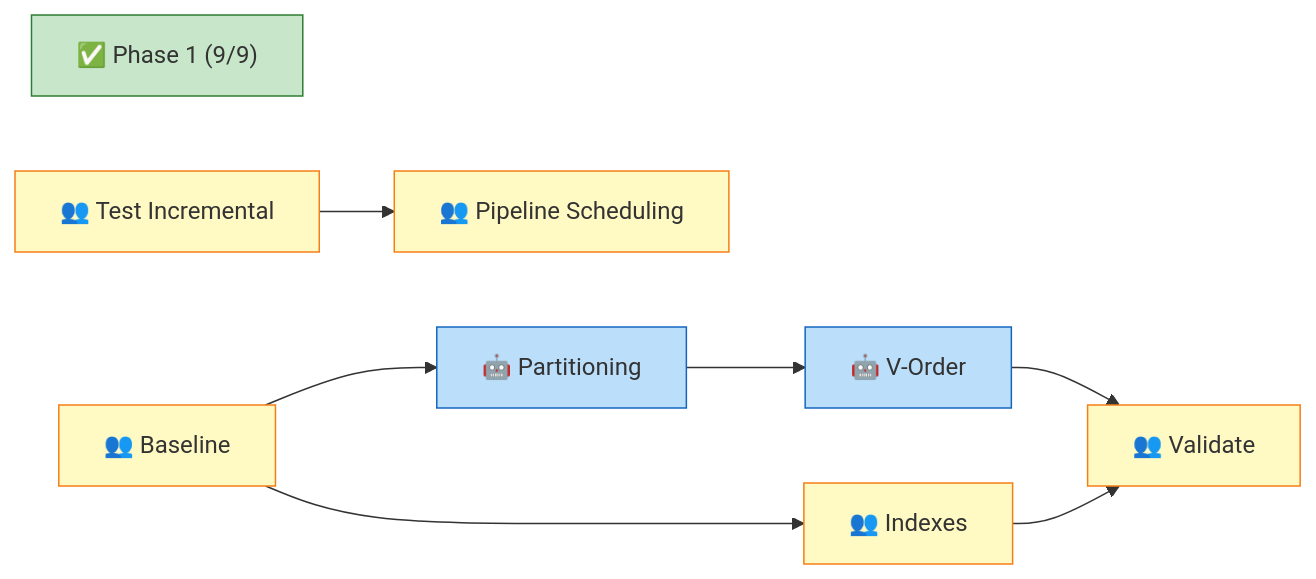
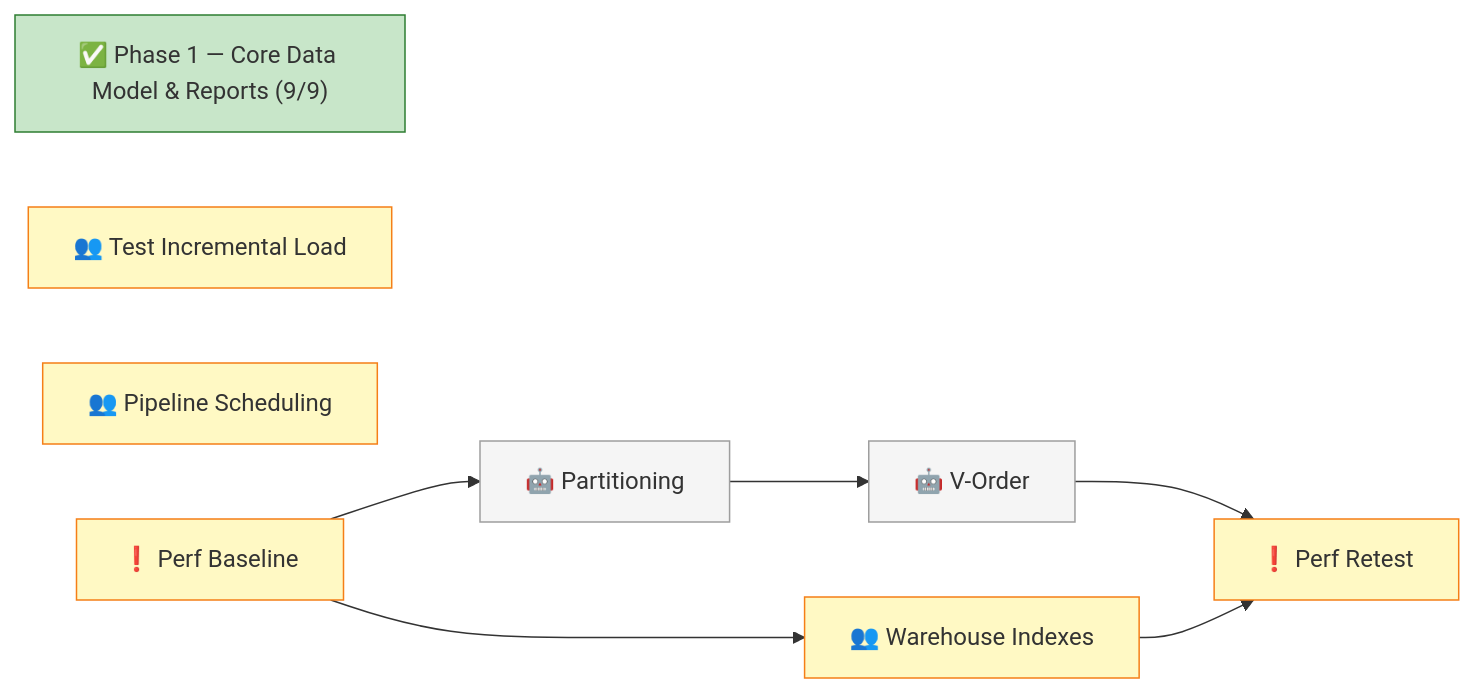
Before and after one commit to erikemilsson/OEMMatInsightBI: the diagram in .claude/dashboard.md, drawn with Mermaid. The commit also changed other lines of this file and 1 other file, not shown here.

````diff
--- a/.claude/dashboard.md
+++ b/.claude/dashboard.md
@@ -79,23 +89,23 @@
 ```mermaid
 graph LR
-    P1["✅ Phase 1 (9/9)"]
-    T006_3["👥 Test Incremental"]
+    P1["✅ Phase 1 — Core Data Model & Reports (9/9)"]
+    T006_3["👥 Test Incremental Load"]
     T010["👥 Pipeline Scheduling"]
-    T012_1["👥 Baseline"]
+    T012_1["❗ Perf Baseline"]
     T012_2["🤖 Partitioning"]
     T012_3["🤖 V-Order"]
-    T012_4["👥 Indexes"]
-    T012_5["👥 Validate"]
+    T012_4["👥 Warehouse Indexes"]
+    T012_5["❗ Perf Retest"]
 
-    T006_3 --> T010
     T012_1 --> T012_2 --> T012_3 --> T012_5
     T012_1 --> T012_4 --> T012_5
 
     classDef done fill:#c8e6c9,stroke:#2e7d32
+    classDef active fill:#bbdefb,stroke:#1565c0
     classDef human fill:#fff9c4,stroke:#f57f17
-    classDef claude fill:#bbdefb,stroke:#1565c0
+    classDef blocked fill:#f5f5f5,stroke:#9e9e9e
 
     class P1 done
     class T006_3,T010,T012_1,T012_4,T012_5 human
-    class T012_2,T012_3 claude
+    class T012_2,T012_3 blocked
 ```
````
